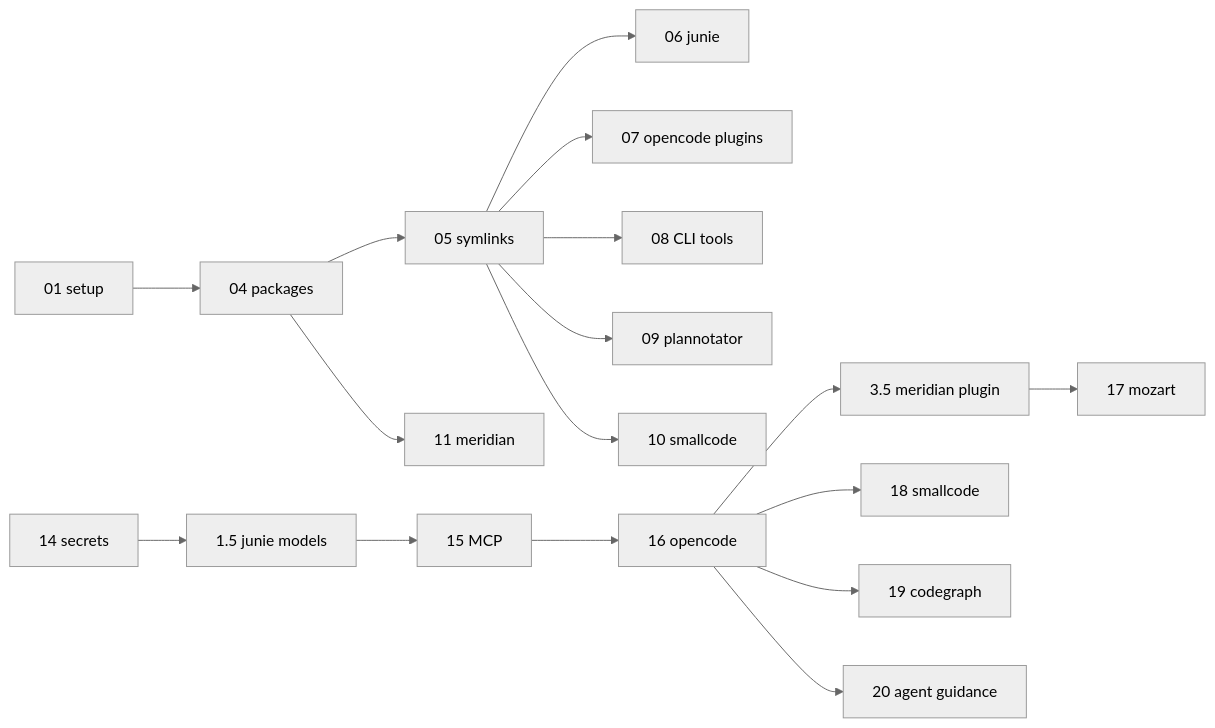
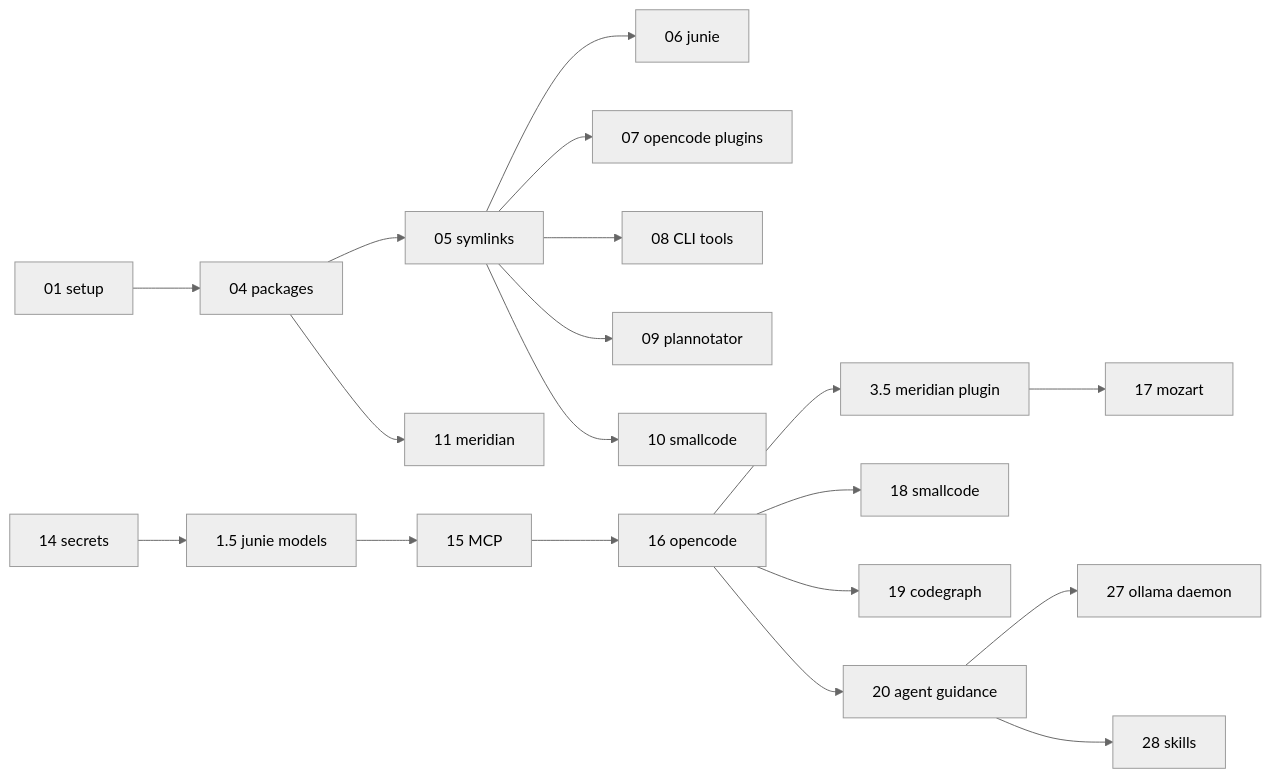
The third of 3 diagrams in docs/ORCHESTRATION.md (randytarampi/dotfiles), drawn with Mermaid (neutral theme) before and after one commit. The commit also changed other lines of this file, not shown here.

````diff
--- a/docs/ORCHESTRATION.md
+++ b/docs/ORCHESTRATION.md
@@ -183,19 +197,21 @@
 ```mermaid
 graph LR
     S01[01 setup] --> S04[04 packages]
     S04 --> S05[05 symlinks]
     S05 --> S06[06 junie]
     S05 --> S07[07 opencode plugins]
     S05 --> S08[08 CLI tools]
     S05 --> S09[09 plannotator]
     S05 --> S10[10 smallcode]
     S04 --> S11[11 meridian]
     S14[14 secrets] --> S1_5[1.5 junie models]
     S1_5 --> S15[15 MCP]
     S15 --> S16[16 opencode]
     S16 --> S3_5[3.5 meridian plugin]
     S3_5 --> S17[17 mozart]
     S16 --> S18[18 smallcode]
     S16 --> S19[19 codegraph]
     S16 --> S20[20 agent guidance]
+    S20 --> S27[27 ollama daemon]
+    S20 --> S28[28 skills]
 ```
````
